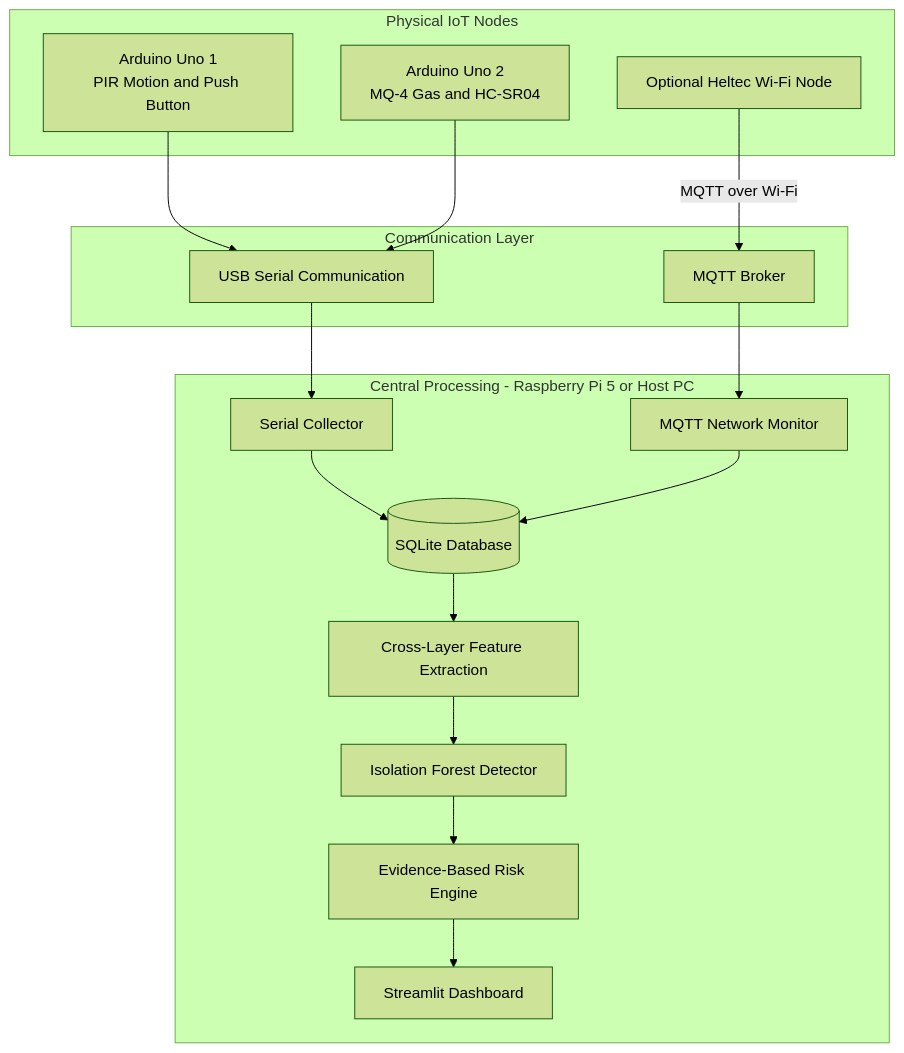
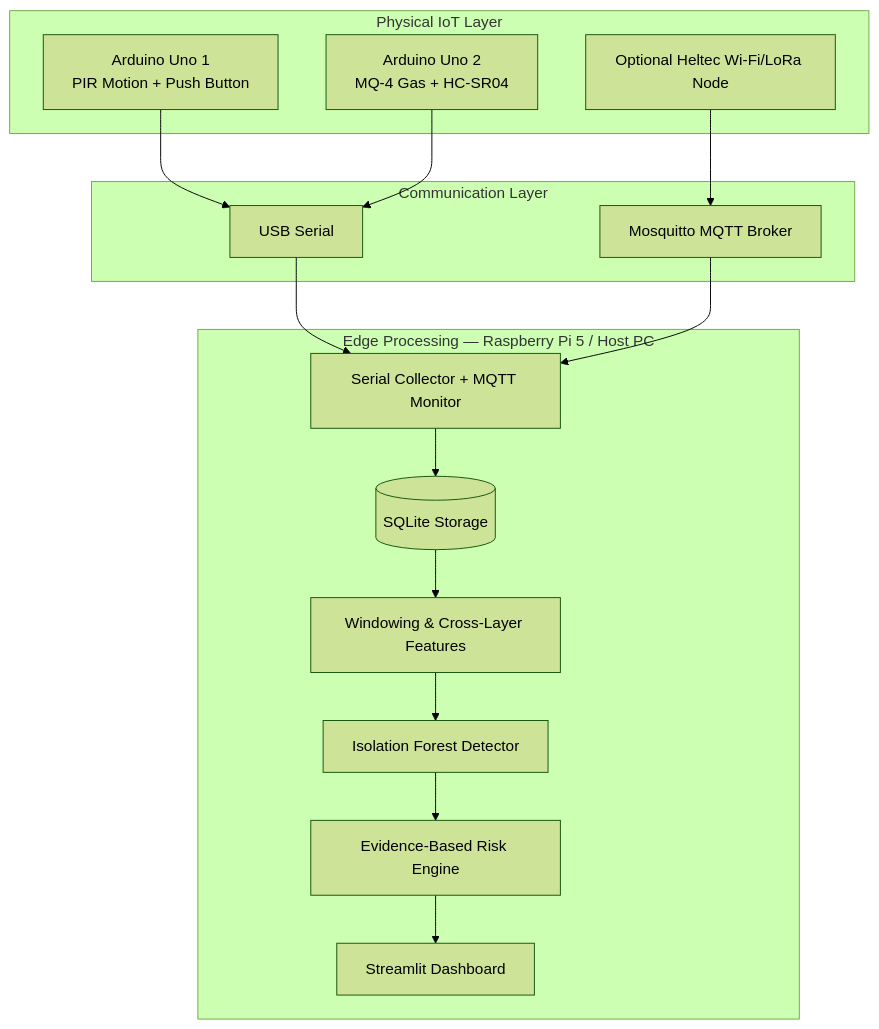
One commit to nimrawani04/IoT-Risk-AI changed the first of 2 diagrams in README.md. Above: the diagram before and after it, drawn with Mermaid (forest theme). The commit also changed other lines of this file, not shown here.

````diff
--- a/README.md
+++ b/README.md
@@ -123,38 +59,28 @@
 ```mermaid
 flowchart TD
-    subgraph PHYSICAL["Physical IoT Nodes"]
-        A1["Arduino Uno 1<br/>PIR Motion and Push Button"]
-        A2["Arduino Uno 2<br/>MQ-4 Gas and HC-SR04"]
-        H1["Optional Heltec Wi-Fi Node"]
+    subgraph DEV["Physical IoT Layer"]
+      A["Arduino Uno 1<br/>PIR Motion + Push Button"]
+      B["Arduino Uno 2<br/>MQ-4 Gas + HC-SR04"]
+      H["Optional Heltec Wi-Fi/LoRa Node"]
     end
 
     subgraph COMM["Communication Layer"]
-        SER["USB Serial Communication"]
-        BRK["MQTT Broker"]
+      S["USB Serial"]
+      M["Mosquitto MQTT Broker"]
     end
 
-    subgraph PROCESS["Central Processing - Raspberry Pi 5 or Host PC"]
-        COL["Serial Collector"]
-        NET["MQTT Network Monitor"]
-        DB[("SQLite Database")]
-        FEAT["Cross-Layer Feature Extraction"]
-        DET["Isolation Forest Detector"]
-        RISK["Evidence-Based Risk Engine"]
-        DASH["Streamlit Dashboard"]
+    subgraph EDGE["Edge Processing — Raspberry Pi 5 / Host PC"]
+      C["Serial Collector + MQTT Monitor"]
+      D[("SQLite Storage")]
+      F["Windowing & Cross-Layer Features"]
+      I["Isolation Forest Detector"]
+      R["Evidence-Based Risk Engine"]
+      V["Streamlit Dashboard"]
     end
 
-    A1 --> SER
-    A2 --> SER
-    SER --> COL
-
-    H1 -->|"MQTT over Wi-Fi"| BRK
-    BRK --> NET
-
-    COL --> DB
-    NET --> DB
-
-    DB --> FEAT
-    FEAT --> DET
-    DET --> RISK
-    RISK --> DASH
+    A --> S --> C
+    B --> S
+    H --> M
+    M --> C
+    C --> D --> F --> I --> R --> V
 ```
````
